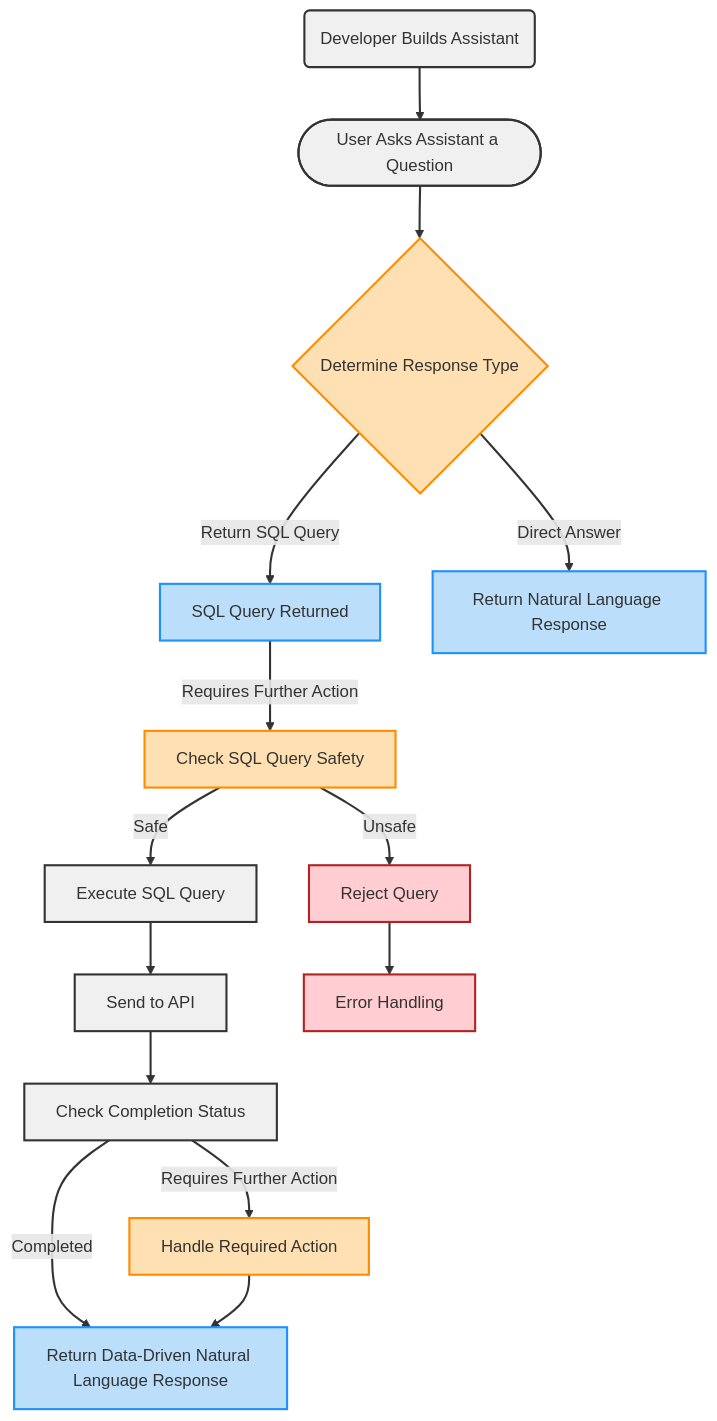
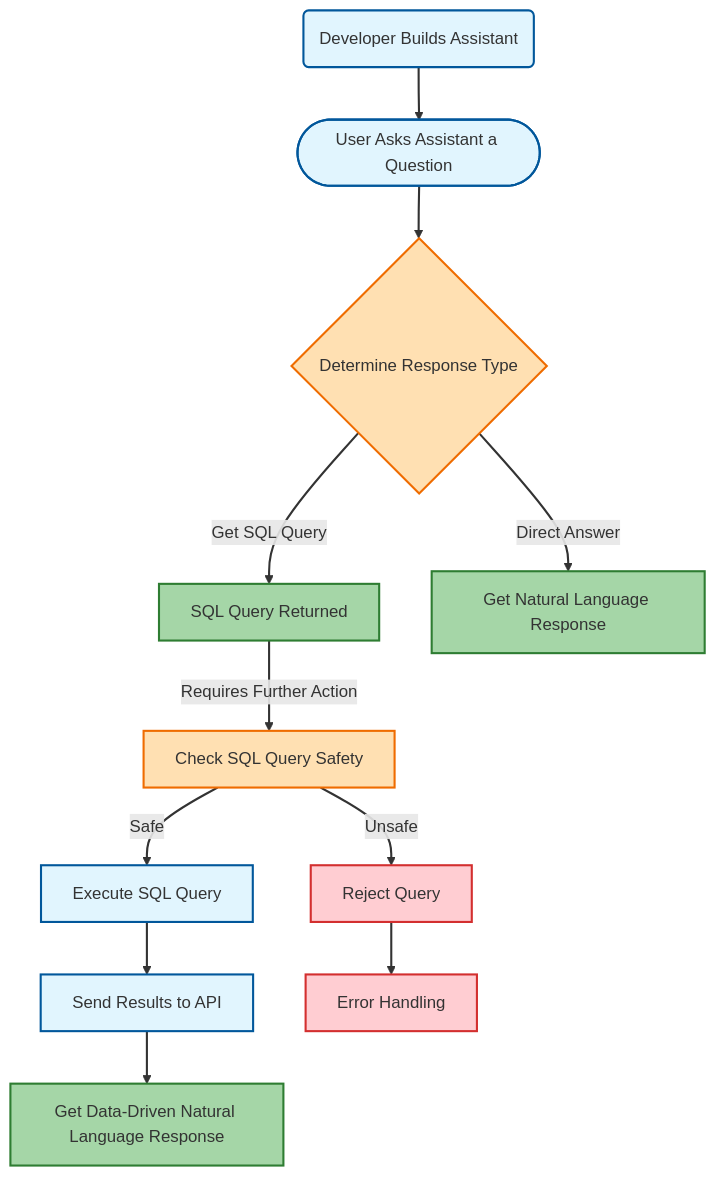
One commit to potatoqualitee/dbatools.ai changed the second of 2 diagrams in README.md. Above: the diagram before and after it, drawn with Mermaid.

Commit message:
update flowchart

````diff
--- a/README.md
+++ b/README.md
@@ -225,30 +225,26 @@
 ```mermaid
 graph TD
 Z(Developer Builds Assistant) --> A([User Asks Assistant a Question])
 A --> D{Determine Response Type}
-D -->|Return SQL Query| E[SQL Query Returned]
+D -->|Get SQL Query| E[SQL Query Returned]
 E -->|Requires Further Action| F[Check SQL Query Safety]
-D -->|Direct Answer| G[Return Natural Language Response]
+D -->|Direct Answer| G[Get Natural Language Response]
 F -->|Safe| H[Execute SQL Query]
-H --> I[Send to API]
-I --> J[Check Completion Status]
-J -->|Requires Further Action| K[Handle Required Action]
-J -->|Completed| L[Return Data-Driven Natural Language Response]
-F -->|Unsafe| M[Reject Query]
-M --> N[Error Handling]
-K --> L
-
-classDef operation fill:#F0F0F0,stroke:#333333,stroke-width:2px,color:#333333;
-classDef decision fill:#FFE0B2,stroke:#FF8C00,stroke-width:2px,color:#333333;
-classDef final fill:#C8E6C9,stroke:#2E8B57,stroke-width:2px,color:#333333;
-classDef positiveResponse fill:#BBDEFB,stroke:#1E90FF,stroke-width:2px,color:#333333;
-classDef errorHandling fill:#FFCDD2,stroke:#B22222,stroke-width:2px,color:#333333;
-
+H --> I[Send Results to API]
+I --> J[Get Data-Driven Natural Language Response]
+F -->|Unsafe| K[Reject Query]
+K --> L[Error Handling]
+classDef operation fill:#E1F5FE,stroke:#01579B,stroke-width:2px;
+classDef decision fill:#FFE0B2,stroke:#EF6C00,stroke-width:2px;
+classDef final fill:#C8E6C9,stroke:#388E3C,stroke-width:2px;
+classDef positiveResponse fill:#A5D6A7,stroke:#2E7D32,stroke-width:2px;
+classDef errorHandling fill:#FFCDD2,stroke:#D32F2F,stroke-width:2px;
+classDef reject fill:#FFCDD2,stroke:#D32F2F,stroke-width:2px;
 class Z,A,H,I,J operation
-class D,F,K decision
-class E,G,L positiveResponse
-class M,N errorHandling
-
-linkStyle default stroke:#333333,stroke-width:2px,fill:none;
-
+class D,F decision
+class E,G positiveResponse
+class J positiveResponse
+class K reject
+class L errorHandling
+linkStyle default stroke:#333,stroke-width:2px,fill:none;
 ```
````
